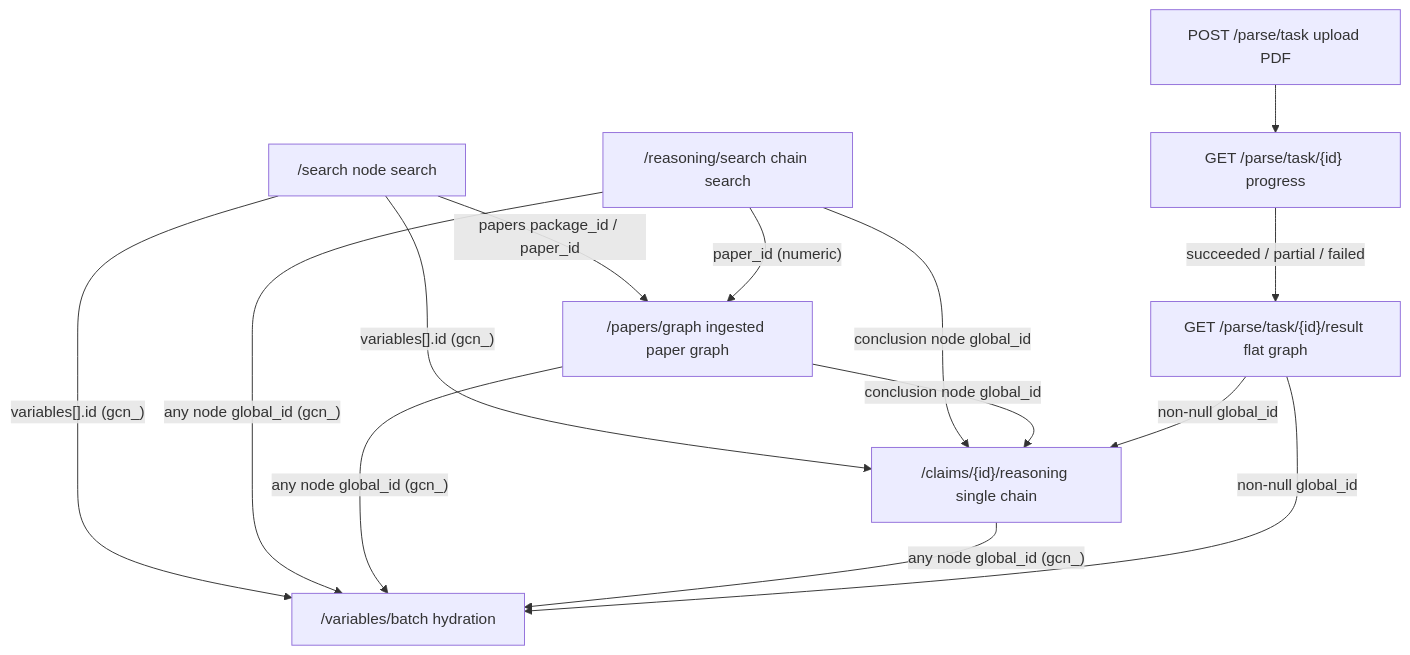
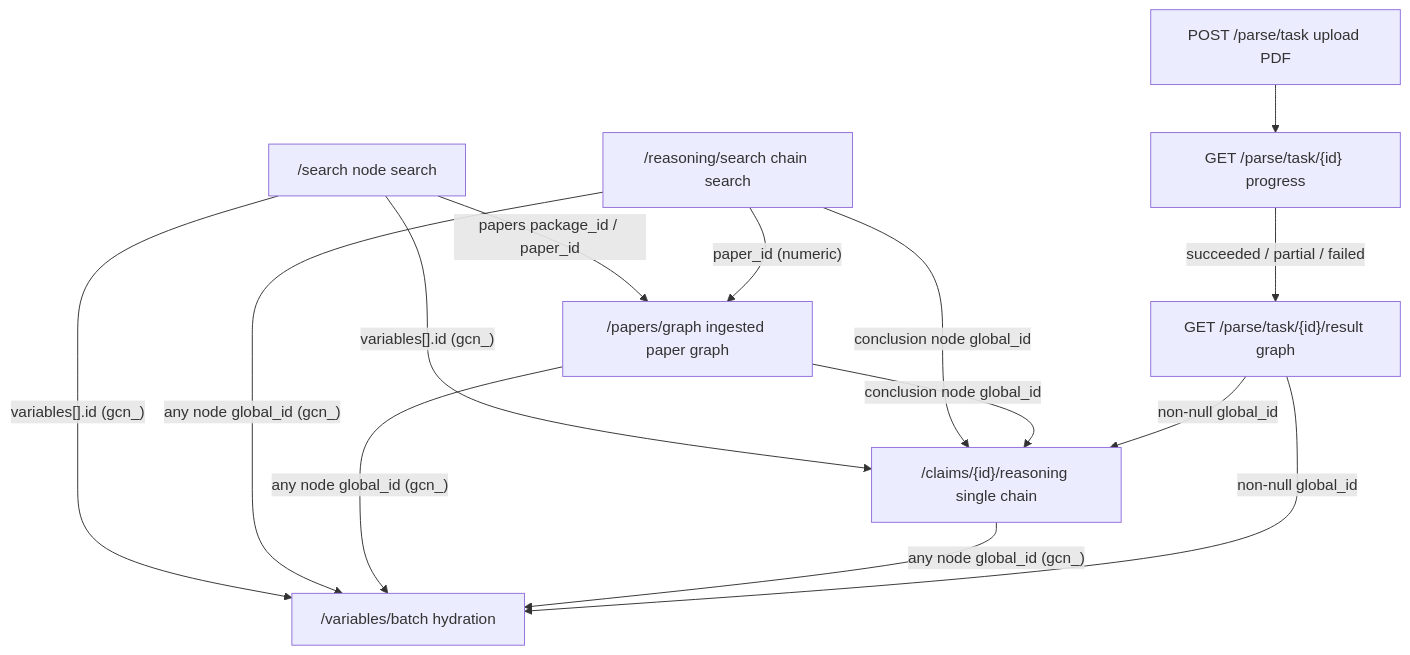
Before and after one commit to dptech-corp/bohrium-skills: the diagram in en/bohrium-lkm/SKILL.md, drawn with Mermaid. The commit also changed other lines of this file and 6 other files, not shown here.

First line of the commit message:
docs(lkm): document parse prices and align result formats

````diff
--- a/en/bohrium-lkm/SKILL.md
+++ b/en/bohrium-lkm/SKILL.md
@@ -57,25 +57,25 @@
 ```mermaid
 flowchart TD
     search["/search node search"]
     rsearch["/reasoning/search chain search"]
     pgraph["/papers/graph ingested paper graph"]
     creason["/claims/{id}/reasoning single chain"]
     batch["/variables/batch hydration"]
     parse["POST /parse/task upload PDF"]
     pstatus["GET /parse/task/{id} progress"]
-    presult["GET /parse/task/{id}/result flat graph"]
+    presult["GET /parse/task/{id}/result graph"]
 
     search -->|"variables[].id (gcn_)"| creason
     search -->|"variables[].id (gcn_)"| batch
     search -->|"papers package_id / paper_id"| pgraph
     rsearch -->|"conclusion node global_id"| creason
     rsearch -->|"any node global_id (gcn_)"| batch
     rsearch -->|"paper_id (numeric)"| pgraph
     pgraph -->|"conclusion node global_id"| creason
     pgraph -->|"any node global_id (gcn_)"| batch
     creason -->|"any node global_id (gcn_)"| batch
     parse --> pstatus
     pstatus -->|"succeeded / partial / failed"| presult
     presult -->|"non-null global_id"| creason
     presult -->|"non-null global_id"| batch
 ```
````
